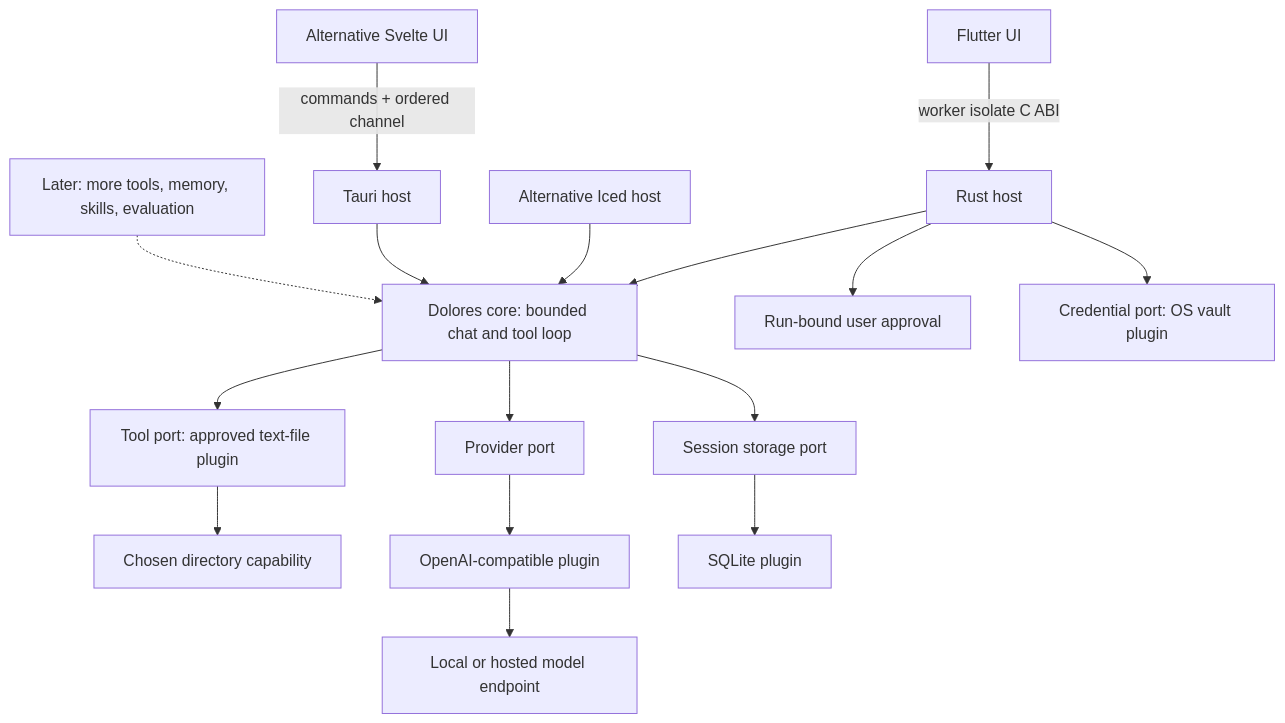
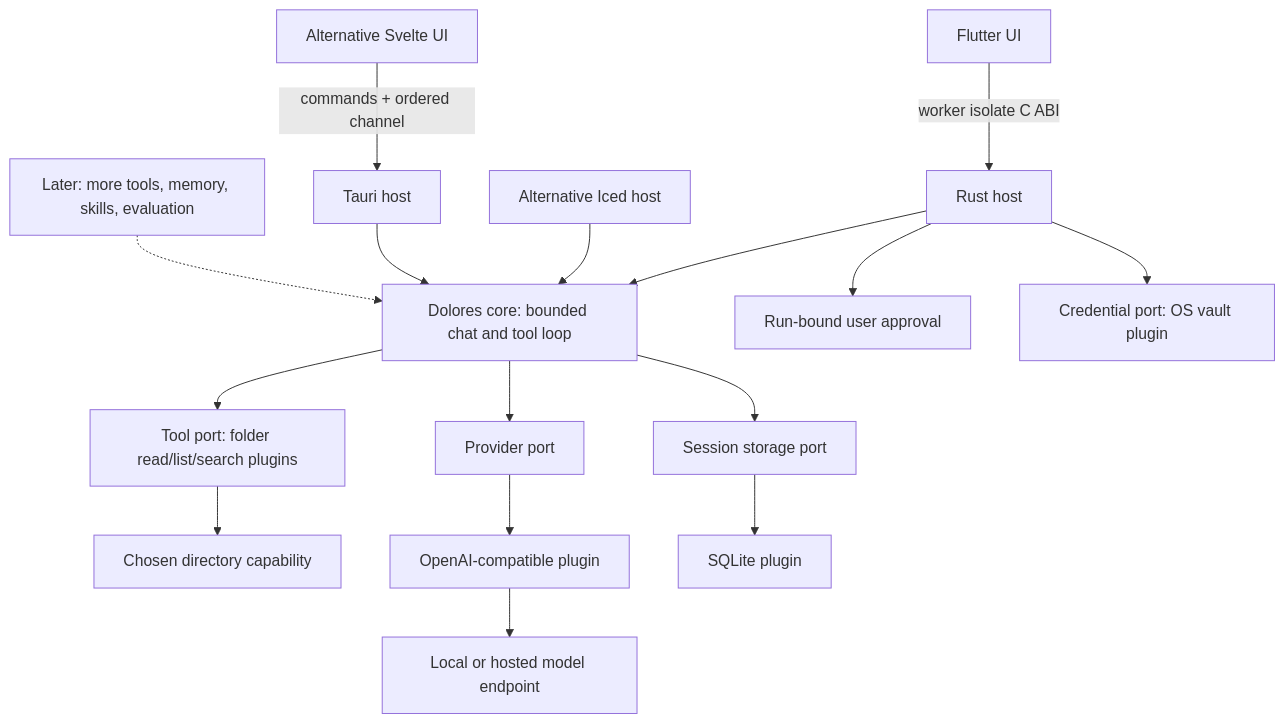
The diagram in docs/ARCHITECTURE.md (J-ZhengLi/Dolores), drawn with Mermaid before and after one commit. The commit also changed other lines of this file and 37 other files, not shown here.

First line of the commit message:
feat: [sessions] Add project workspaces and folder discovery tools

````diff
--- a/docs/ARCHITECTURE.md
+++ b/docs/ARCHITECTURE.md
@@ -23,18 +24,18 @@
 ```mermaid
 flowchart TB
   Flutter[Flutter UI] -->|worker isolate C ABI| Bridge[Rust host]
   Bridge --> Core[Dolores core: bounded chat and tool loop]
   Bridge --> Approval[Run-bound user approval]
-  Core --> Tools[Tool port: approved text-file plugin]
+  Core --> Tools[Tool port: folder read/list/search plugins]
   Tools --> Folder[Chosen directory capability]
   Bridge --> Credentials[Credential port: OS vault plugin]
   Native[Alternative Iced host] --> Core
   UI[Alternative Svelte UI] -->|commands + ordered channel| Host[Tauri host]
   Host --> Core
   Core --> Provider[Provider port]
   Core --> Store[Session storage port]
   Provider --> Compatible[OpenAI-compatible plugin]
   Store --> SQLite[SQLite plugin]
   Compatible --> Model[Local or hosted model endpoint]
   Future[Later: more tools, memory, skills, evaluation] -.-> Core
 ```
````
